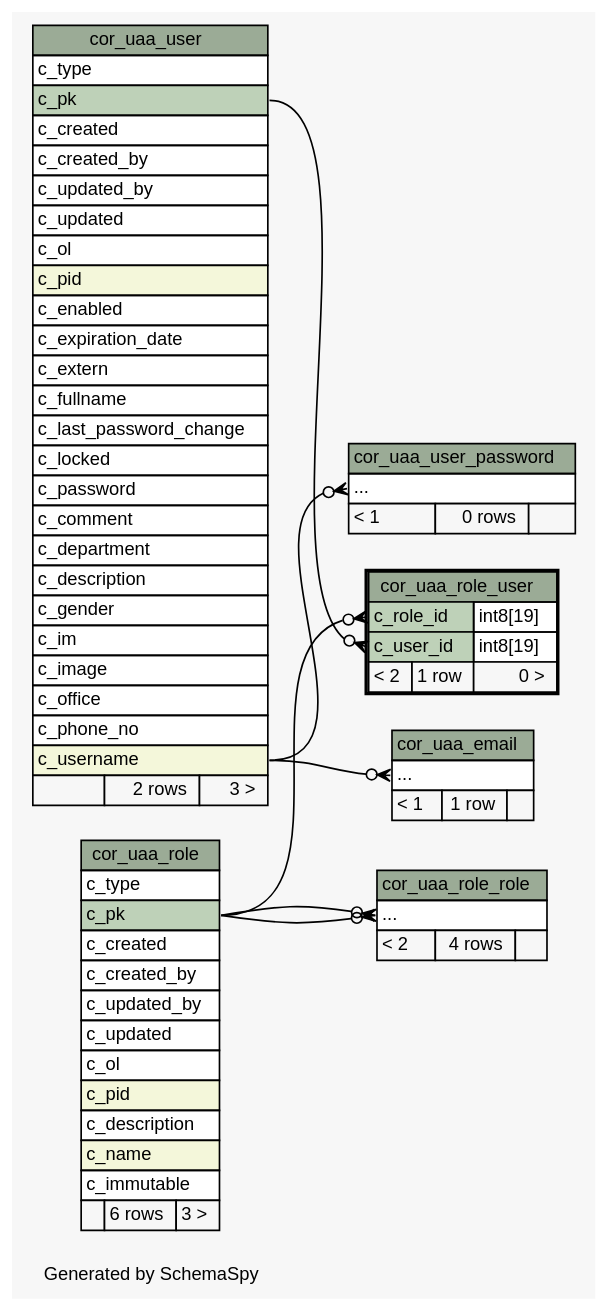
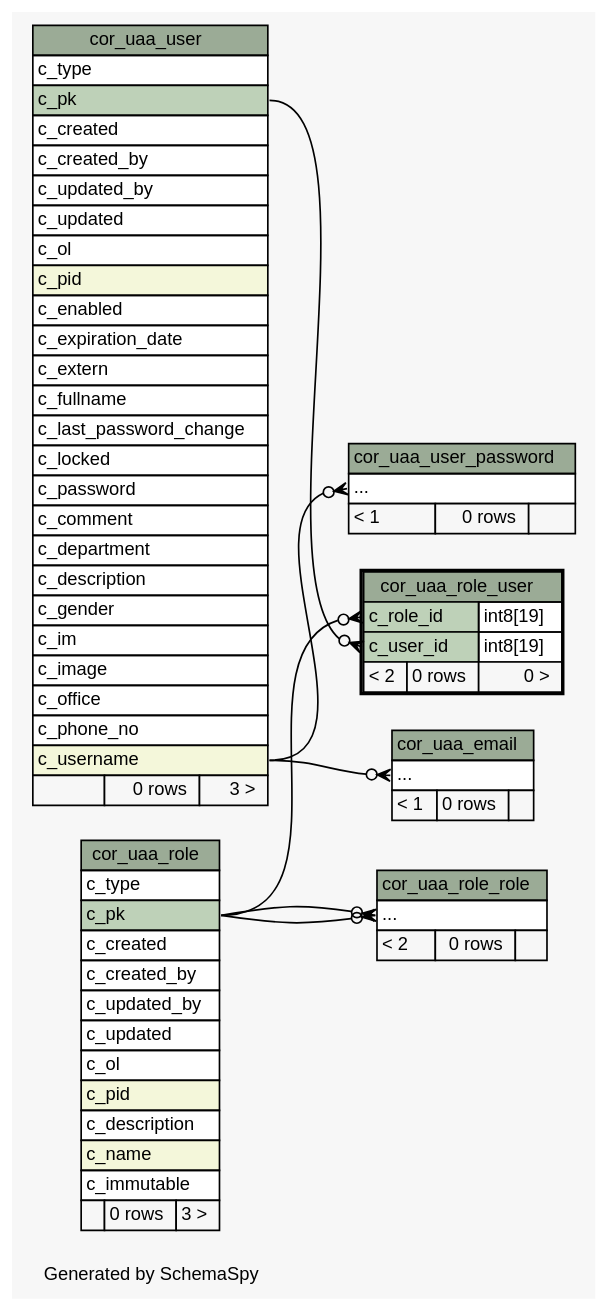
One commit to openwms/org.openwms.core.uaa changed the diagram in 2.0.0-SNAPSHOT/schemaspy/diagrams/cor_uaa_role_user.2degrees.dot. Above: the diagram before and after it, drawn with Graphviz. The commit also changed 352 other files, not shown here.

```diff
--- a/2.0.0-SNAPSHOT/schemaspy/diagrams/cor_uaa_role_user.2degrees.dot
+++ b/2.0.0-SNAPSHOT/schemaspy/diagrams/cor_uaa_role_user.2degrees.dot
@@ -1,122 +1,122 @@
-// dot 2.43.0 on Linux 5.13.0-1029-azure
+// dot 2.43.0 on Linux 5.15.0-1020-azure
 // SchemaSpy rev Unknown
 digraph "twoDegreesRelationshipsDiagram" {
   graph [
     rankdir="RL"
     bgcolor="#f7f7f7"
     label="\nGenerated by SchemaSpy"
     labeljust="l"
     nodesep="0.18"
     ranksep="0.46"
     fontname="Helvetica"
     fontsize="11"
   ];
   node [
     fontname="Helvetica"
     fontsize="11"
     shape="plaintext"
   ];
   edge [
     arrowsize="0.8"
   ];
   "cor_uaa_email":"elipses":w -> "cor_uaa_user":"c_username":e [arrowhead=none dir=back arrowtail=crowodot];
   "cor_uaa_role_role":"elipses":w -> "cor_uaa_role":"c_pk":e [arrowhead=none dir=back arrowtail=crowodot];
   "cor_uaa_role_role":"elipses":w -> "cor_uaa_role":"c_pk":e [arrowhead=none dir=back arrowtail=crowodot];
   "cor_uaa_role_user":"c_role_id":w -> "cor_uaa_role":"c_pk":e [arrowhead=none dir=back arrowtail=crowodot];
   "cor_uaa_role_user":"c_user_id":w -> "cor_uaa_user":"c_pk":e [arrowhead=none dir=back arrowtail=crowodot];
   "cor_uaa_user_password":"elipses":w -> "cor_uaa_user":"c_username":e [arrowhead=none dir=back arrowtail=crowodot];
   "cor_uaa_email" [
     label=<
     <TABLE BORDER="0" CELLBORDER="1" CELLSPACING="0" BGCOLOR="#ffffff">
       <TR><TD COLSPAN="3" BGCOLOR="#9bab96" ALIGN="CENTER">cor_uaa_email</TD></TR>
       <TR><TD PORT="elipses" COLSPAN="3" ALIGN="LEFT">...</TD></TR>
-      <TR><TD ALIGN="LEFT" BGCOLOR="#f7f7f7">&lt; 1</TD><TD ALIGN="RIGHT" BGCOLOR="#f7f7f7">1 row</TD><TD ALIGN="RIGHT" BGCOLOR="#f7f7f7">  </TD></TR>
+      <TR><TD ALIGN="LEFT" BGCOLOR="#f7f7f7">&lt; 1</TD><TD ALIGN="RIGHT" BGCOLOR="#f7f7f7">0 rows</TD><TD ALIGN="RIGHT" BGCOLOR="#f7f7f7">  </TD></TR>
     </TABLE>>
     URL="cor_uaa_email.html"
     tooltip="cor_uaa_email"
   ];
   "cor_uaa_role" [
     label=<
     <TABLE BORDER="0" CELLBORDER="1" CELLSPACING="0" BGCOLOR="#ffffff">
       <TR><TD COLSPAN="3" BGCOLOR="#9bab96" ALIGN="CENTER">cor_uaa_role</TD></TR>
       <TR><TD PORT="c_type" COLSPAN="3" ALIGN="LEFT">c_type</TD></TR>
       <TR><TD PORT="c_pk" COLSPAN="3" BGCOLOR="#bed1b8" ALIGN="LEFT">c_pk</TD></TR>
       <TR><TD PORT="c_created" COLSPAN="3" ALIGN="LEFT">c_created</TD></TR>
       <TR><TD PORT="c_created_by" COLSPAN="3" ALIGN="LEFT">c_created_by</TD></TR>
       <TR><TD PORT="c_updated_by" COLSPAN="3" ALIGN="LEFT">c_updated_by</TD></TR>
       <TR><TD PORT="c_updated" COLSPAN="3" ALIGN="LEFT">c_updated</TD></TR>
       <TR><TD PORT="c_ol" COLSPAN="3" ALIGN="LEFT">c_ol</TD></TR>
       <TR><TD PORT="c_pid" COLSPAN="3" BGCOLOR="#f4f7da" ALIGN="LEFT">c_pid</TD></TR>
       <TR><TD PORT="c_description" COLSPAN="3" ALIGN="LEFT">c_description</TD></TR>
       <TR><TD PORT="c_name" COLSPAN="3" BGCOLOR="#f4f7da" ALIGN="LEFT">c_name</TD></TR>
       <TR><TD PORT="c_immutable" COLSPAN="3" ALIGN="LEFT">c_immutable</TD></TR>
-      <TR><TD ALIGN="LEFT" BGCOLOR="#f7f7f7">  </TD><TD ALIGN="RIGHT" BGCOLOR="#f7f7f7">6 rows</TD><TD ALIGN="RIGHT" BGCOLOR="#f7f7f7">3 &gt;</TD></TR>
+      <TR><TD ALIGN="LEFT" BGCOLOR="#f7f7f7">  </TD><TD ALIGN="RIGHT" BGCOLOR="#f7f7f7">0 rows</TD><TD ALIGN="RIGHT" BGCOLOR="#f7f7f7">3 &gt;</TD></TR>
     </TABLE>>
     URL="cor_uaa_role.html"
     tooltip="cor_uaa_role"
   ];
   "cor_uaa_role_role" [
     label=<
     <TABLE BORDER="0" CELLBORDER="1" CELLSPACING="0" BGCOLOR="#ffffff">
       <TR><TD COLSPAN="3" BGCOLOR="#9bab96" ALIGN="CENTER">cor_uaa_role_role</TD></TR>
       <TR><TD PORT="elipses" COLSPAN="3" ALIGN="LEFT">...</TD></TR>
-      <TR><TD ALIGN="LEFT" BGCOLOR="#f7f7f7">&lt; 2</TD><TD ALIGN="RIGHT" BGCOLOR="#f7f7f7">4 rows</TD><TD ALIGN="RIGHT" BGCOLOR="#f7f7f7">  </TD></TR>
+      <TR><TD ALIGN="LEFT" BGCOLOR="#f7f7f7">&lt; 2</TD><TD ALIGN="RIGHT" BGCOLOR="#f7f7f7">0 rows</TD><TD ALIGN="RIGHT" BGCOLOR="#f7f7f7">  </TD></TR>
     </TABLE>>
     URL="cor_uaa_role_role.html"
     tooltip="cor_uaa_role_role"
   ];
   "cor_uaa_role_user" [
     label=<
     <TABLE BORDER="2" CELLBORDER="1" CELLSPACING="0" BGCOLOR="#ffffff">
       <TR><TD COLSPAN="3" BGCOLOR="#9bab96" ALIGN="CENTER">cor_uaa_role_user</TD></TR>
       <TR><TD PORT="c_role_id" COLSPAN="2" BGCOLOR="#bed1b8" ALIGN="LEFT">c_role_id</TD><TD PORT="c_role_id.type" ALIGN="LEFT">int8[19]</TD></TR>
       <TR><TD PORT="c_user_id" COLSPAN="2" BGCOLOR="#bed1b8" ALIGN="LEFT">c_user_id</TD><TD PORT="c_user_id.type" ALIGN="LEFT">int8[19]</TD></TR>
-      <TR><TD ALIGN="LEFT" BGCOLOR="#f7f7f7">&lt; 2</TD><TD ALIGN="RIGHT" BGCOLOR="#f7f7f7">1 row</TD><TD ALIGN="RIGHT" BGCOLOR="#f7f7f7">0 &gt;</TD></TR>
+      <TR><TD ALIGN="LEFT" BGCOLOR="#f7f7f7">&lt; 2</TD><TD ALIGN="RIGHT" BGCOLOR="#f7f7f7">0 rows</TD><TD ALIGN="RIGHT" BGCOLOR="#f7f7f7">0 &gt;</TD></TR>
     </TABLE>>
     URL="cor_uaa_role_user.html"
     tooltip="cor_uaa_role_user"
   ];
   "cor_uaa_user" [
     label=<
     <TABLE BORDER="0" CELLBORDER="1" CELLSPACING="0" BGCOLOR="#ffffff">
       <TR><TD COLSPAN="3" BGCOLOR="#9bab96" ALIGN="CENTER">cor_uaa_user</TD></TR>
       <TR><TD PORT="c_type" COLSPAN="3" ALIGN="LEFT">c_type</TD></TR>
       <TR><TD PORT="c_pk" COLSPAN="3" BGCOLOR="#bed1b8" ALIGN="LEFT">c_pk</TD></TR>
       <TR><TD PORT="c_created" COLSPAN="3" ALIGN="LEFT">c_created</TD></TR>
       <TR><TD PORT="c_created_by" COLSPAN="3" ALIGN="LEFT">c_created_by</TD></TR>
       <TR><TD PORT="c_updated_by" COLSPAN="3" ALIGN="LEFT">c_updated_by</TD></TR>
       <TR><TD PORT="c_updated" COLSPAN="3" ALIGN="LEFT">c_updated</TD></TR>
       <TR><TD PORT="c_ol" COLSPAN="3" ALIGN="LEFT">c_ol</TD></TR>
       <TR><TD PORT="c_pid" COLSPAN="3" BGCOLOR="#f4f7da" ALIGN="LEFT">c_pid</TD></TR>
       <TR><TD PORT="c_enabled" COLSPAN="3" ALIGN="LEFT">c_enabled</TD></TR>
       <TR><TD PORT="c_expiration_date" COLSPAN="3" ALIGN="LEFT">c_expiration_date</TD></TR>
       <TR><TD PORT="c_extern" COLSPAN="3" ALIGN="LEFT">c_extern</TD></TR>
       <TR><TD PORT="c_fullname" COLSPAN="3" ALIGN="LEFT">c_fullname</TD></TR>
       <TR><TD PORT="c_last_password_change" COLSPAN="3" ALIGN="LEFT">c_last_password_change</TD></TR>
       <TR><TD PORT="c_locked" COLSPAN="3" ALIGN="LEFT">c_locked</TD></TR>
       <TR><TD PORT="c_password" COLSPAN="3" ALIGN="LEFT">c_password</TD></TR>
       <TR><TD PORT="c_comment" COLSPAN="3" ALIGN="LEFT">c_comment</TD></TR>
       <TR><TD PORT="c_department" COLSPAN="3" ALIGN="LEFT">c_department</TD></TR>
       <TR><TD PORT="c_description" COLSPAN="3" ALIGN="LEFT">c_description</TD></TR>
       <TR><TD PORT="c_gender" COLSPAN="3" ALIGN="LEFT">c_gender</TD></TR>
       <TR><TD PORT="c_im" COLSPAN="3" ALIGN="LEFT">c_im</TD></TR>
       <TR><TD PORT="c_image" COLSPAN="3" ALIGN="LEFT">c_image</TD></TR>
       <TR><TD PORT="c_office" COLSPAN="3" ALIGN="LEFT">c_office</TD></TR>
       <TR><TD PORT="c_phone_no" COLSPAN="3" ALIGN="LEFT">c_phone_no</TD></TR>
       <TR><TD PORT="c_username" COLSPAN="3" BGCOLOR="#f4f7da" ALIGN="LEFT">c_username</TD></TR>
-      <TR><TD ALIGN="LEFT" BGCOLOR="#f7f7f7">  </TD><TD ALIGN="RIGHT" BGCOLOR="#f7f7f7">2 rows</TD><TD ALIGN="RIGHT" BGCOLOR="#f7f7f7">3 &gt;</TD></TR>
+      <TR><TD ALIGN="LEFT" BGCOLOR="#f7f7f7">  </TD><TD ALIGN="RIGHT" BGCOLOR="#f7f7f7">0 rows</TD><TD ALIGN="RIGHT" BGCOLOR="#f7f7f7">3 &gt;</TD></TR>
     </TABLE>>
     URL="cor_uaa_user.html"
     tooltip="cor_uaa_user"
   ];
   "cor_uaa_user_password" [
     label=<
     <TABLE BORDER="0" CELLBORDER="1" CELLSPACING="0" BGCOLOR="#ffffff">
       <TR><TD COLSPAN="3" BGCOLOR="#9bab96" ALIGN="CENTER">cor_uaa_user_password</TD></TR>
       <TR><TD PORT="elipses" COLSPAN="3" ALIGN="LEFT">...</TD></TR>
       <TR><TD ALIGN="LEFT" BGCOLOR="#f7f7f7">&lt; 1</TD><TD ALIGN="RIGHT" BGCOLOR="#f7f7f7">0 rows</TD><TD ALIGN="RIGHT" BGCOLOR="#f7f7f7">  </TD></TR>
     </TABLE>>
     URL="cor_uaa_user_password.html"
     tooltip="cor_uaa_user_password"
   ];
 }
```
